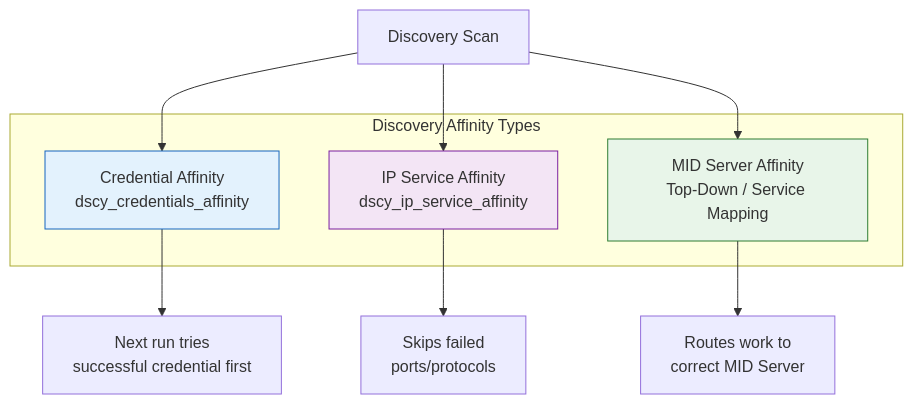
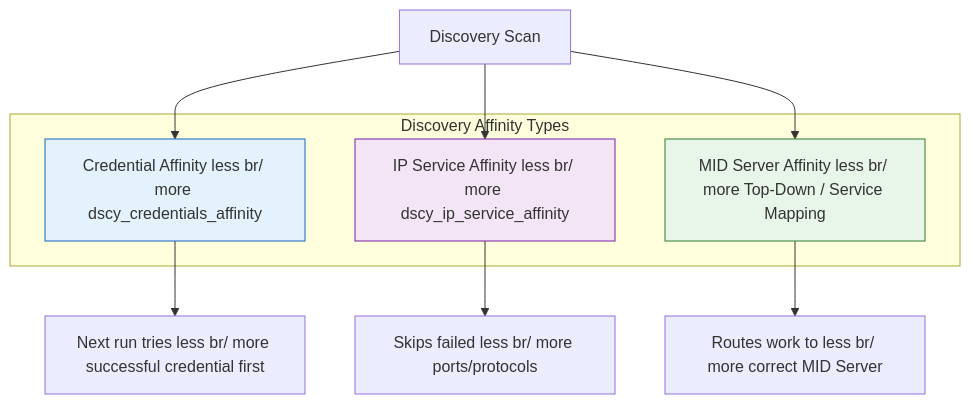
One commit to eltonaguiar/ServiceNow_Learning_TSOM-_CSM_FSM_SalesCRM_HAM_ITSM changed the fifth of 5 diagrams in docs/modules/discovery/discovery-guide.backup-2026-11-24.md. Above: the diagram before and after it, drawn with Mermaid. The commit also changed other lines of this file and 19 other files, not shown here.

Commit message:
Fix all Mermaid diagram special characters - replace dollar, parens, slashes, quotes, pipes, nested brackets and other unsafe chars inside brackets with safe alternatives across 19 files

````diff
--- a/docs/modules/discovery/discovery-guide.backup-2026-11-24.md
+++ b/docs/modules/discovery/discovery-guide.backup-2026-11-24.md
@@ -509,20 +509,20 @@
 ```mermaid
 flowchart TD
     subgraph "Discovery Affinity Types"
-        A[Credential Affinity<br/>dscy_credentials_affinity]
-        B[IP Service Affinity<br/>dscy_ip_service_affinity]
-        C[MID Server Affinity<br/>Top-Down / Service Mapping]
+        A[Credential Affinity less br/ more dscy_credentials_affinity]
+        B[IP Service Affinity less br/ more dscy_ip_service_affinity]
+        C[MID Server Affinity less br/ more Top-Down / Service Mapping]
     end
 
     Scan[Discovery Scan] --> A
     Scan --> B
     Scan --> C
 
-    A --> Faster[Next run tries<br/>successful credential first]
-    B --> SkipFail[Skips failed<br/>ports/protocols]
-    C --> RightMID[Routes work to<br/>correct MID Server]
+    A --> Faster[Next run tries less br/ more successful credential first]
+    B --> SkipFail[Skips failed less br/ more ports/protocols]
+    C --> RightMID[Routes work to less br/ more correct MID Server]
 
     style A fill:#e3f2fd,stroke:#1565c0
     style B fill:#f3e5f5,stroke:#7b1fa2
     style C fill:#e8f5e9,stroke:#2e7d32
 ```
````
